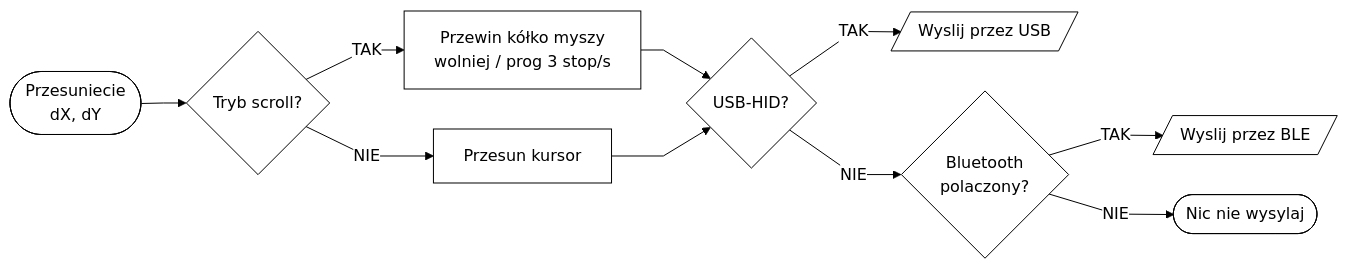
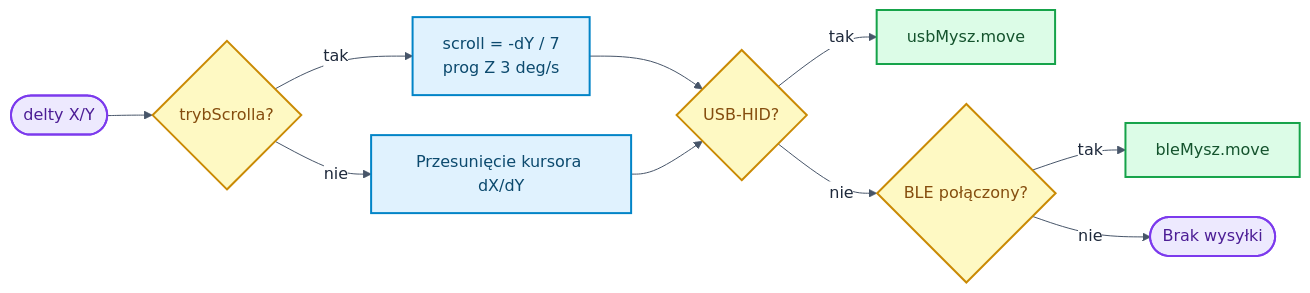
The tenth of 10 diagrams in README.md (bartkadres-ai/HEFAS-4.0), drawn with Mermaid before and after one commit. The commit also changed other lines of this file, not shown here.

````diff
--- a/README.md
+++ b/README.md
@@ -534,13 +648,22 @@
 ```mermaid
-%%{init: {'theme':'base','themeVariables':{'background':'#ffffff','mainBkg':'#ffffff','primaryColor':'#ffffff','primaryTextColor':'#000000','primaryBorderColor':'#000000','lineColor':'#000000','edgeLabelBackground':'#ffffff'},'flowchart':{'curve':'linear','nodeSpacing':40,'rankSpacing':45}}}%%
+%%{init: {'theme':'base','themeVariables':{'background':'#ffffff','mainBkg':'#ffffff','primaryColor':'#ffffff','primaryTextColor':'#1e293b','primaryBorderColor':'#64748b','lineColor':'#475569','edgeLabelBackground':'#ffffff'},'flowchart':{'curve':'basis','nodeSpacing':40,'rankSpacing':45}}}%%
 flowchart LR
-    A([Przesuniecie<br/>dX, dY]) --> B{Tryb scroll?}
-    B -->|TAK| C[Przewin kółko myszy<br/>wolniej / prog 3 stop/s]
-    B -->|NIE| D[Przesun kursor]
-    C --> E{USB-HID?}
-    D --> E
-    E -->|TAK| F[/Wyslij przez USB/]
-    E -->|NIE| G{Bluetooth<br/>polaczony?}
-    G -->|TAK| H[/Wyslij przez BLE/]
-    G -->|NIE| I([Nic nie wysylaj])
+    R([delty X/Y]) --> SC{trybScrolla?}
+    SC -->|tak| WH["scroll = -dY / 7<br/>prog Z 3 deg/s"]
+    SC -->|nie| MV[Przesunięcie kursora dX/dY]
+    WH --> CH{USB-HID?}
+    MV --> CH
+    CH -->|tak| UM[usbMysz.move]
+    CH -->|nie| BM{BLE połączony?}
+    BM -->|tak| BL[bleMysz.move]
+    BM -->|nie| X([Brak wysyłki])
+
+    classDef startEnd fill:#ede9fe,stroke:#7c3aed,stroke-width:2px,color:#4c1d95
+    classDef process fill:#e0f2fe,stroke:#0284c7,stroke-width:2px,color:#0c4a6e
+    classDef decision fill:#fef9c3,stroke:#ca8a04,stroke-width:2px,color:#854d0e
+    classDef io fill:#dcfce7,stroke:#16a34a,stroke-width:2px,color:#14532d
+    class R,X startEnd
+    class WH,MV process
+    class SC,CH,BM decision
+    class UM,BL io
 ```
````
